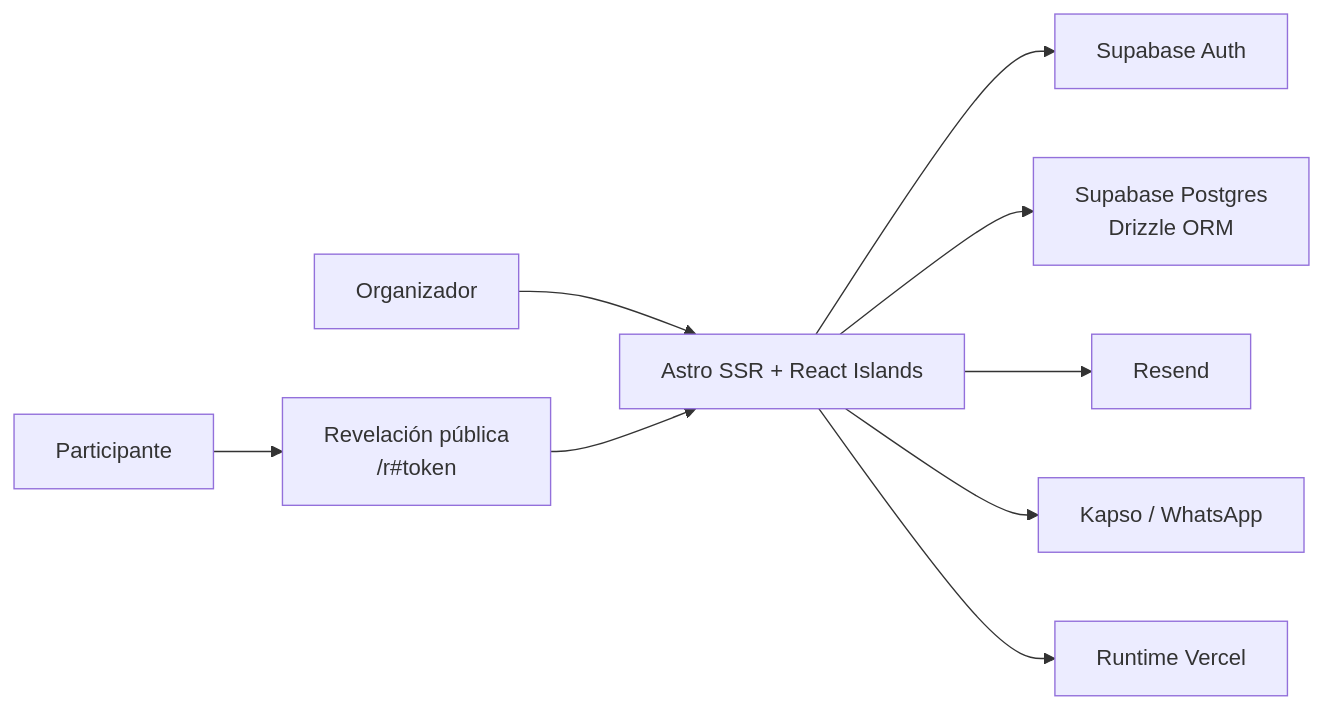
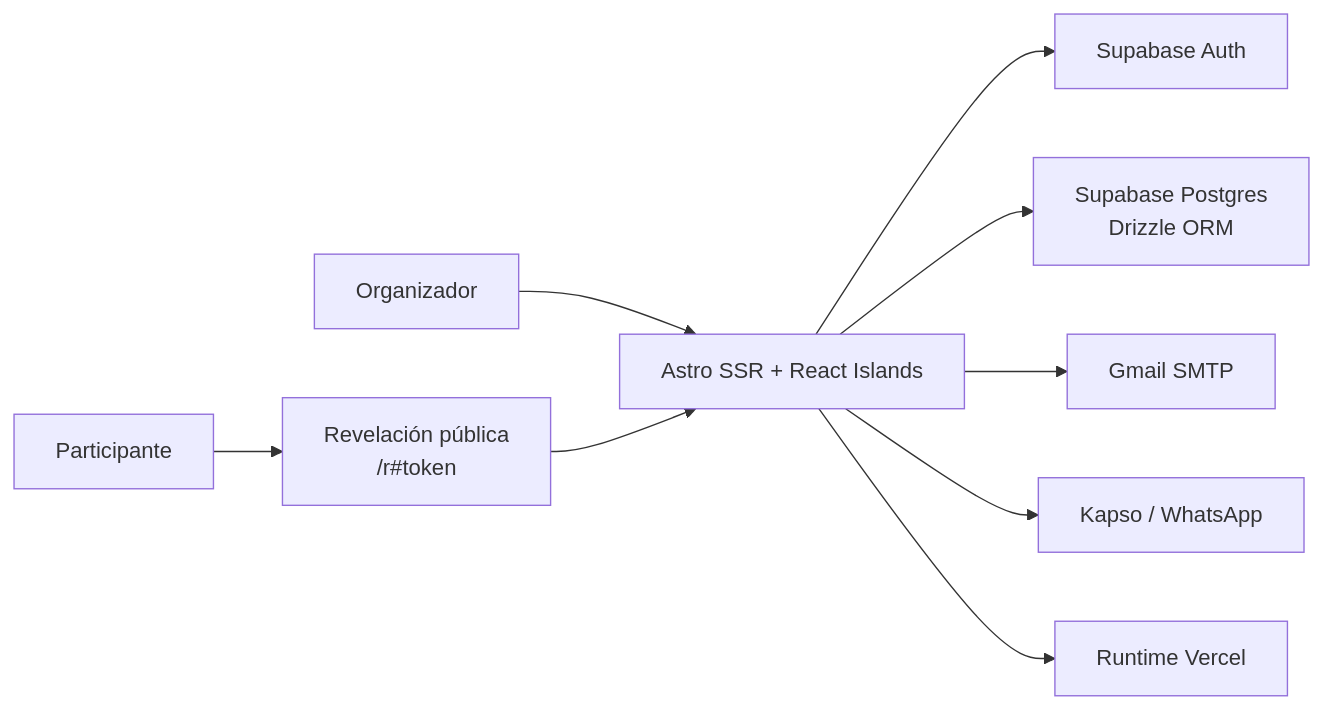
The diagram in docs/architecture.md (carlosnumber9/secret-sanchez), drawn with Mermaid before and after one commit. The commit also changed other lines of this file and 36 other files, not shown here.

Commit message:
feat(email): Added Gmail delivery with branded messages

````diff
--- a/docs/architecture.md
+++ b/docs/architecture.md
@@ -9,11 +9,11 @@
 ```mermaid
 flowchart LR
   participant["Participante"] --> reveal["Revelación pública<br>/r#token"]
   admin["Organizador"] --> astro["Astro SSR + React Islands"]
   reveal --> astro
   astro --> auth["Supabase Auth"]
   astro --> db["Supabase Postgres<br>Drizzle ORM"]
-  astro --> email["Resend"]
+  astro --> email["Gmail SMTP"]
   astro --> whatsapp["Kapso / WhatsApp"]
   astro --> vercel["Runtime Vercel"]
 ```
````
